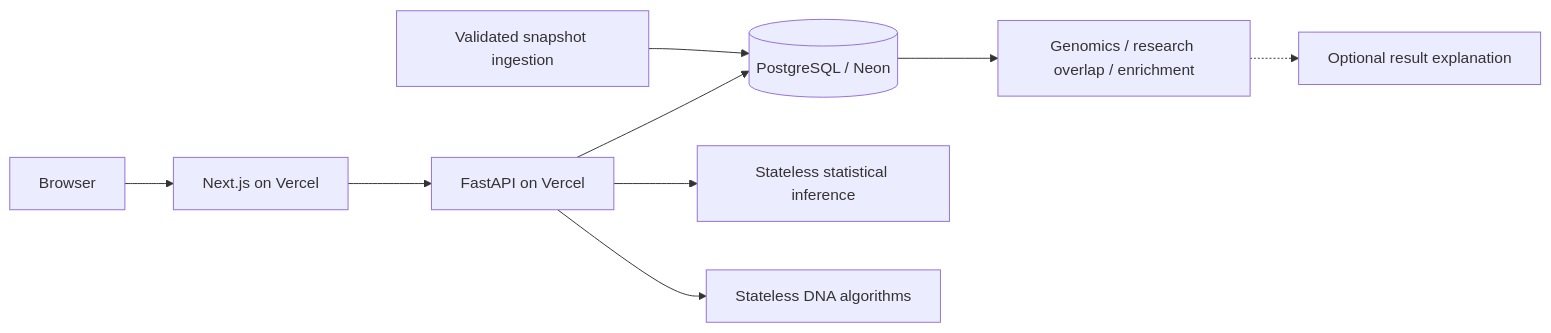
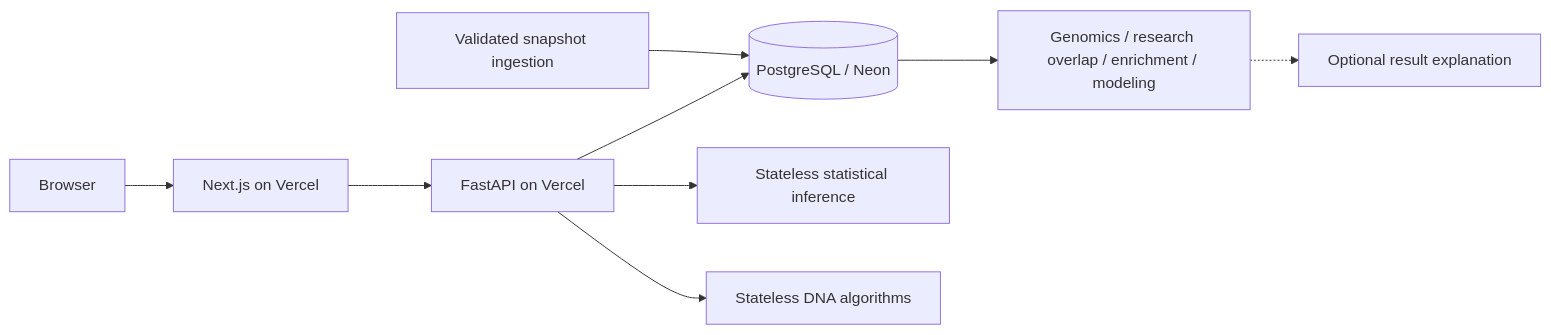
One commit to 292akhil2929-cmyk/pharmagenome changed the diagram in ARCHITECTURE.md. Above: the diagram before and after it, drawn with Mermaid. The commit also changed other lines of this file and 7 other files, not shown here.

````diff
--- a/ARCHITECTURE.md
+++ b/ARCHITECTURE.md
@@ -6,11 +6,11 @@
 ```mermaid
 flowchart LR
   Browser --> Next[Next.js on Vercel]
   Next --> API[FastAPI on Vercel]
   API --> PG[(PostgreSQL / Neon)]
   Import[Validated snapshot ingestion] --> PG
-  PG --> Compute[Genomics / research overlap / enrichment]
+  PG --> Compute[Genomics / research overlap / enrichment / modeling]
   API --> Stats[Stateless statistical inference]
   API --> Sequence[Stateless DNA algorithms]
   Compute -.-> Explain[Optional result explanation]
 ```
````
